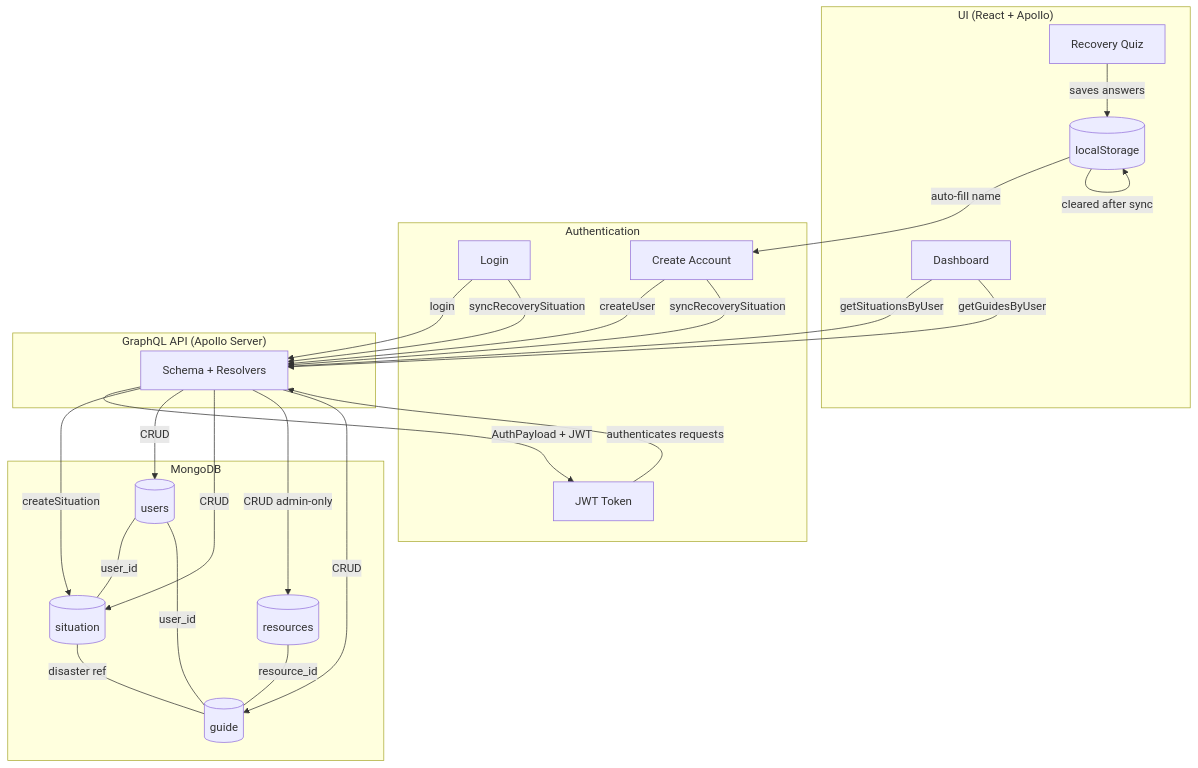
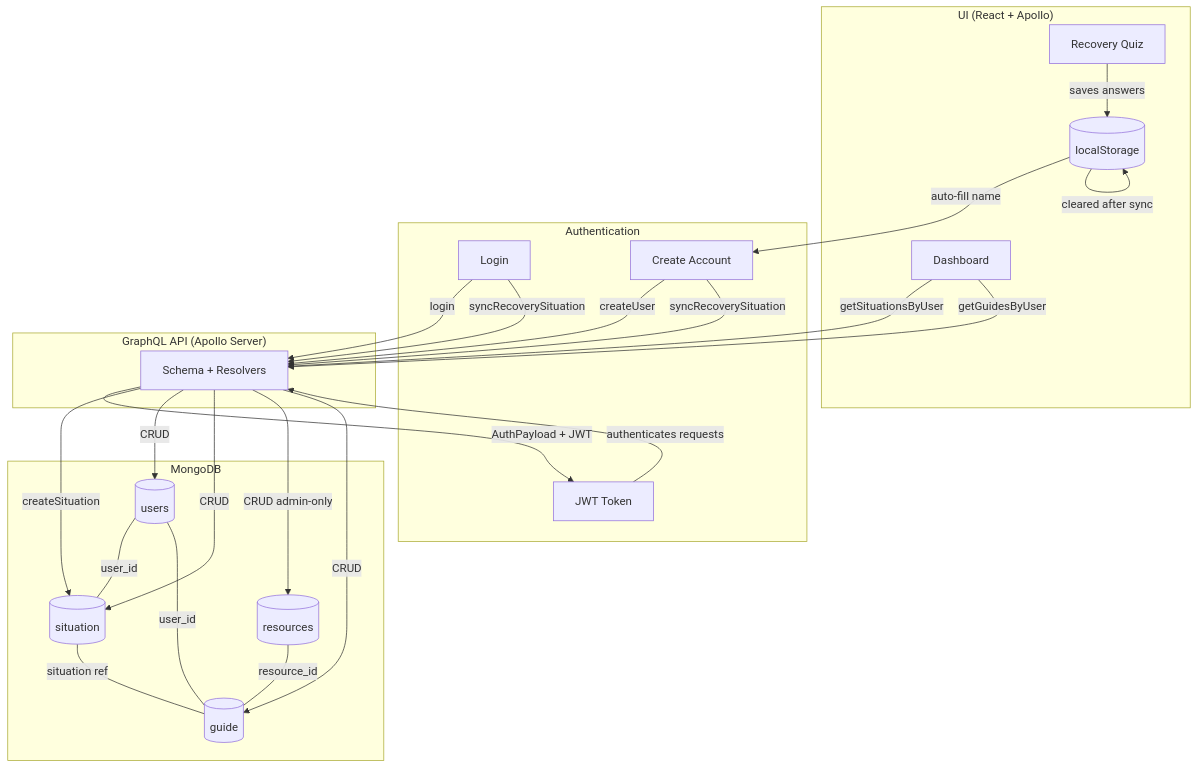
One commit to ArkLab-SeniorProject/Aftermath changed the second of 2 diagrams in docs/db-structure.md. Above: the diagram before and after it, drawn with Mermaid. The commit also changed 7 other files, not shown here.

````diff
--- a/docs/db-structure.md
+++ b/docs/db-structure.md
@@ -72,49 +72,49 @@
 ```mermaid
 flowchart TD
     subgraph Client ["UI (React + Apollo)"]
         QUIZ[Recovery Quiz]
         LS[(localStorage)]
         DASH[Dashboard]
     end
 
     subgraph Auth ["Authentication"]
         LOGIN[Login]
         SIGNUP[Create Account]
         JWT[JWT Token]
     end
 
     subgraph API ["GraphQL API (Apollo Server)"]
         GQL[Schema + Resolvers]
     end
 
     subgraph DB ["MongoDB"]
         USERS[(users)]
         SIT[(situation)]
         RES[(resources)]
         GUIDES[(guide)]
     end
 
     QUIZ -->|saves answers| LS
     LS -->|auto-fill name| SIGNUP
     SIGNUP -->|createUser| GQL
     LOGIN -->|login| GQL
     GQL -->|AuthPayload + JWT| JWT
     JWT -->|authenticates requests| GQL
 
     SIGNUP & LOGIN -->|syncRecoverySituation| GQL
     GQL -->|createSituation| SIT
     LS -->|cleared after sync| LS
 
     GQL -->|CRUD| USERS
     GQL -->|CRUD| SIT
     GQL -->|CRUD admin-only| RES
     GQL -->|CRUD| GUIDES
 
     USERS ---|user_id| SIT
     USERS ---|user_id| GUIDES
-    SIT ---|disaster ref| GUIDES
+    SIT ---|situation ref| GUIDES
     RES ---|resource_id| GUIDES
 
     DASH -->|getSituationsByUser| GQL
     DASH -->|getGuidesByUser| GQL
 ```
````
